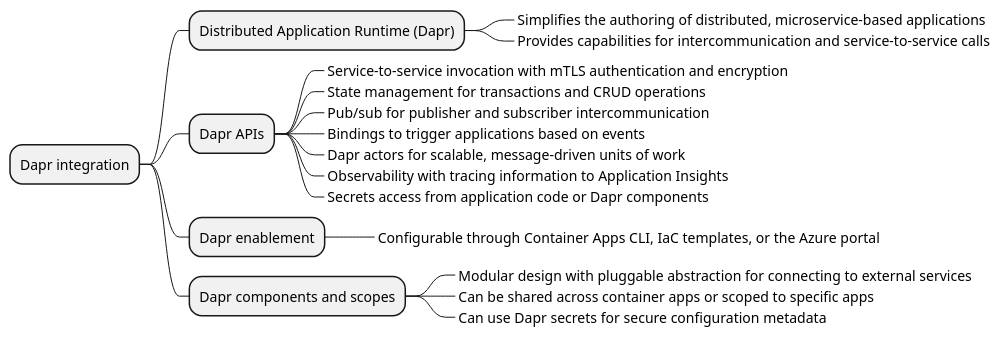
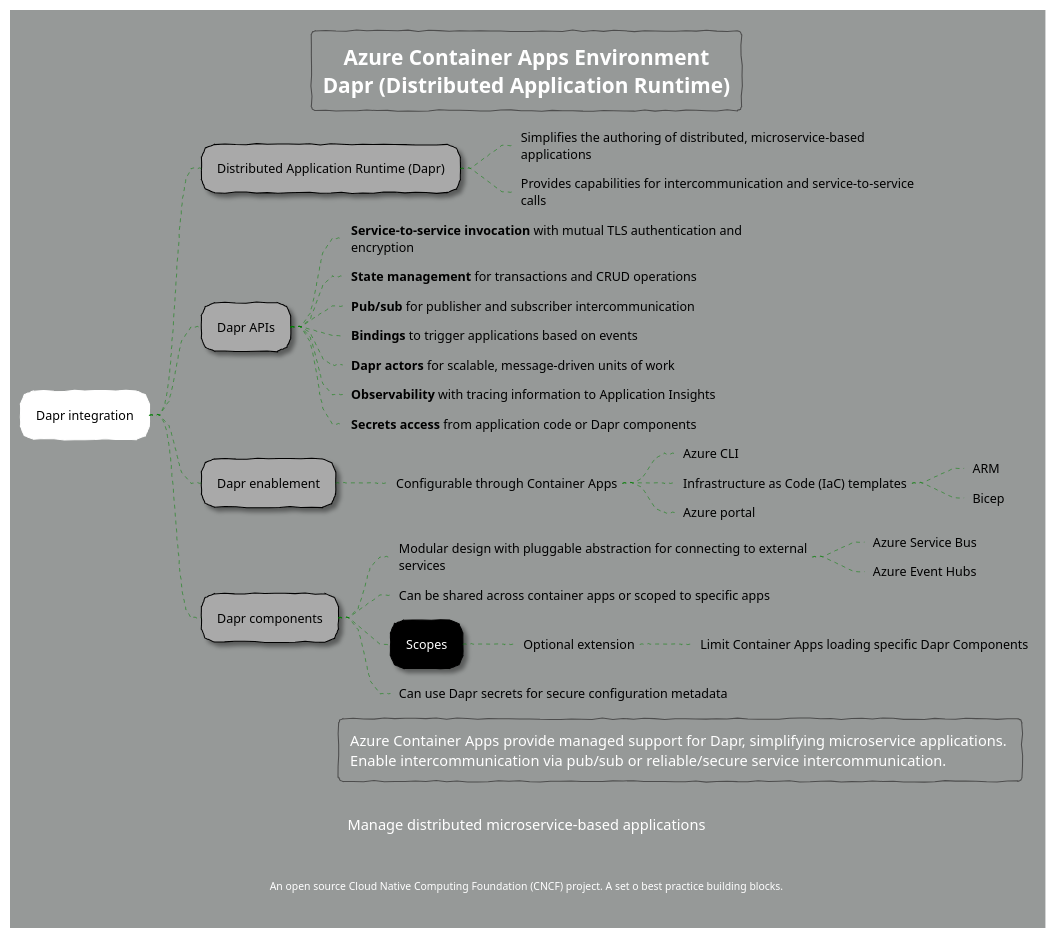
Before and after one commit to rob-bl8ke/Az204-Containerization: the diagram in Notes/Diagrams/ContainerApps/container-apps-dapr.plantuml, drawn with PlantUML. The commit also changed 7 other files, not shown here.

Commit message:
Container Apps updates (secrets, dapr, revisions)

```diff
--- a/Notes/Diagrams/ContainerApps/container-apps-dapr.plantuml
+++ b/Notes/Diagrams/ContainerApps/container-apps-dapr.plantuml
@@ -1,23 +1,100 @@
-@startmindmap "Azure Container Apps Dapr Integration"
-skinparam nodeWidth 200
-skinparam nodeHeight 30
+@startmindmap "Azure Container Apps Environment"
+
+title Azure Container Apps Environment\nDapr (Distributed Application Runtime)
+
+caption Manage distributed microservice-based applications
+footer An open source Cloud Native Computing Foundation (CNCF) project. A set o best practice building blocks.
+
+
+' List of available themes:
+' https://plantuml.com/theme
+!theme sketchy
+'!theme carbon-gray
+'!theme cyborg
+'!theme mars
+' skinparam backgroundColor #e8edec
+skinparam backgroundColor #969998
+
+<style>
+    mindMapDiagram {
+        .root {
+            BackgroundColor darkblue
+            LineColor black
+            FontColor white
+        }
+
+        .blue {
+            FontColor darkblue
+        }
+
+
+        node {
+            FontColor white
+            LineColor black
+            BackgroundColor black
+            Shadowing 2.0
+            RoundCorner 25
+        }
+        :depth(0) {
+            FontColor black
+            LineColor white
+            BackgroundColor white
+            Shadowing 0.0
+        }
+        :depth(1) {
+            FontColor black
+            BackgroundColor darkgrey
+            Shadowing 2.0
+        }
+
+        arrow {
+            LineStyle 4
+            LineThickness 0.5
+            LineColor green
+        }
+
+        boxless {
+            FontColor black
+            Margin 10
+            Padding 10
+            MaximumWidth 400
+        }
+    }
+</style>
 
 + Dapr integration
 ++ Distributed Application Runtime (Dapr)
 +++_ Simplifies the authoring of distributed, microservice-based applications
 +++_ Provides capabilities for intercommunication and service-to-service calls
 ++ Dapr APIs
-+++_ Service-to-service invocation with mTLS authentication and encryption
-+++_ State management for transactions and CRUD operations
-+++_ Pub/sub for publisher and subscriber intercommunication
-+++_ Bindings to trigger applications based on events
-+++_ Dapr actors for scalable, message-driven units of work
-+++_ Observability with tracing information to Application Insights
-+++_ Secrets access from application code or Dapr components
++++_ **Service-to-service invocation** with mutual TLS authentication and encryption
++++_ **State management** for transactions and CRUD operations
++++_ **Pub/sub** for publisher and subscriber intercommunication
++++_ **Bindings** to trigger applications based on events
++++_ **Dapr actors** for scalable, message-driven units of work
++++_ **Observability** with tracing information to Application Insights
++++_ **Secrets access** from application code or Dapr components
 ++ Dapr enablement
-+++_ Configurable through Container Apps CLI, IaC templates, or the Azure portal
-++ Dapr components and scopes
++++_ Configurable through Container Apps
+++++_ Azure CLI
+++++_ Infrastructure as Code (IaC) templates
++++++_ ARM
++++++_ Bicep
+
+++++_ Azure portal
+++ Dapr components
 +++_ Modular design with pluggable abstraction for connecting to external services
+++++_ Azure Service Bus
+++++_ Azure Event Hubs
 +++_ Can be shared across container apps or scoped to specific apps
++++ Scopes
+++++_ Optional extension
++++++_ Limit Container Apps loading specific Dapr Components
 +++_ Can use Dapr secrets for secure configuration metadata
+
+legend right
+Azure Container Apps provide managed support for Dapr, simplifying microservice applications. 
+Enable intercommunication via pub/sub or reliable/secure service intercommunication.
+endlegend
+
 @endmindmap
```
